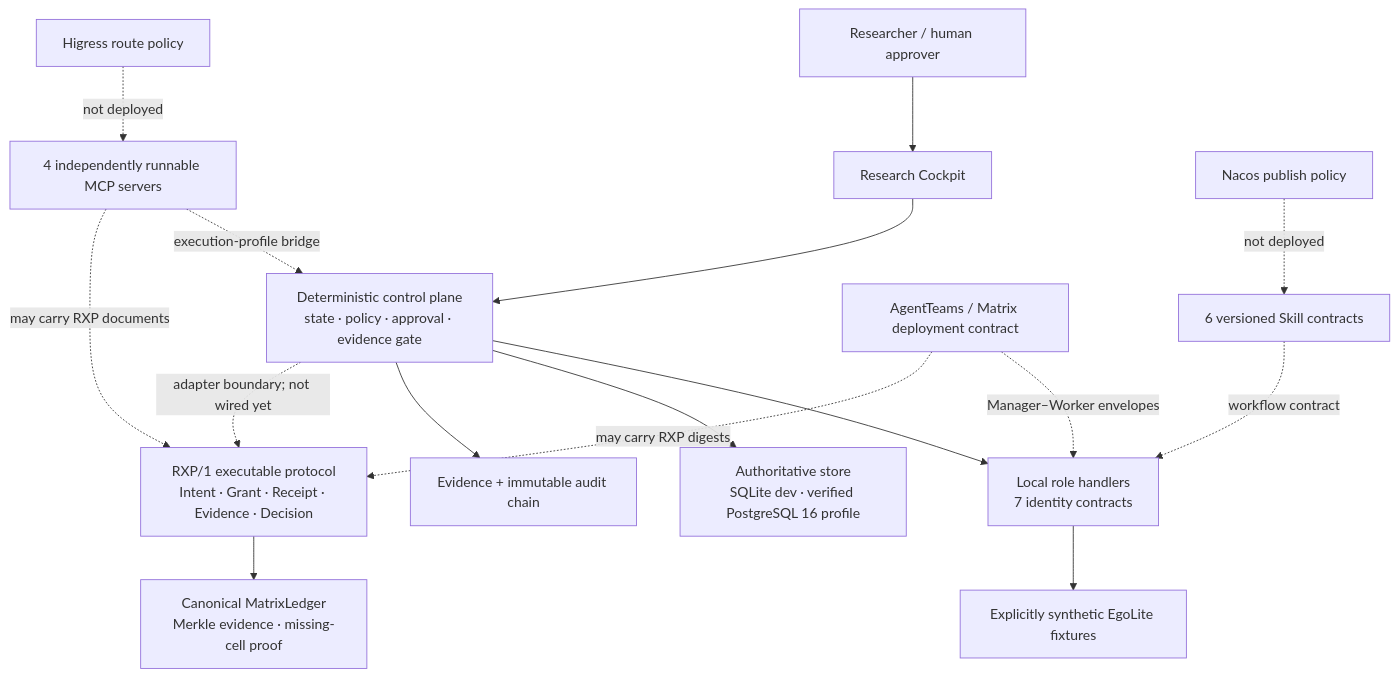
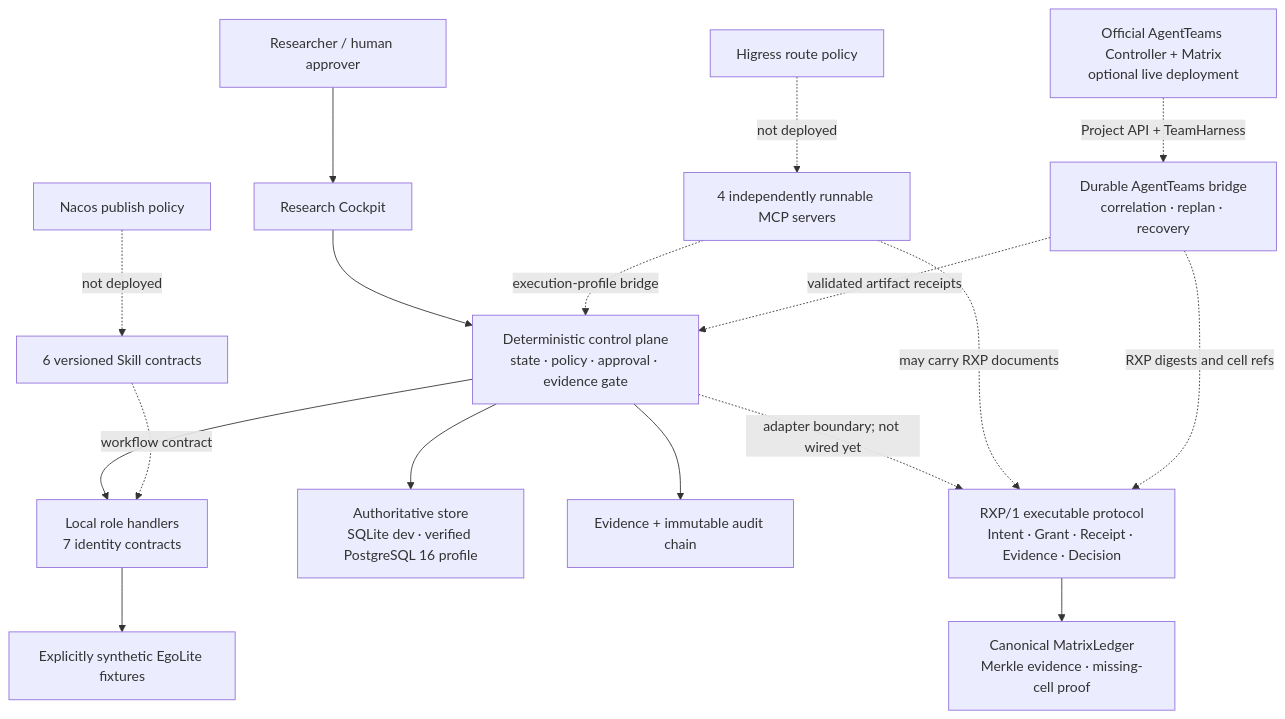
One commit to Sorasky681/ego_agent_infra_secure_memory changed the diagram in docs/architecture.md. Above: the diagram before and after it, drawn with Mermaid. The commit also changed other lines of this file and 38 other files, not shown here.

Commit message:
feat: add fail-closed AgentTeams runtime bridge

````diff
--- a/docs/architecture.md
+++ b/docs/architecture.md
@@ -7,19 +7,20 @@
 ```mermaid
 flowchart TB
   H["Researcher / human approver"] --> UI["Research Cockpit"]
   UI --> API["Deterministic control plane\nstate · policy · approval · evidence gate"]
   API --> R["Local role handlers\n7 identity contracts"]
   R --> FX["Explicitly synthetic EgoLite fixtures"]
   API --> DB["Authoritative store\nSQLite dev · verified PostgreSQL 16 profile"]
   API --> AU["Evidence + immutable audit chain"]
   RXP["RXP/1 executable protocol\nIntent · Grant · Receipt · Evidence · Decision"]
   RXP --> RL["Canonical MatrixLedger\nMerkle evidence · missing-cell proof"]
   API -. "adapter boundary; not wired yet" .-> RXP
   SK["6 versioned Skill contracts"] -. "workflow contract" .-> R
   MCP["4 independently runnable MCP servers"] -. "execution-profile bridge" .-> API
   MCP -. "may carry RXP documents" .-> RXP
-  AT["AgentTeams / Matrix deployment contract"] -. "Manager–Worker envelopes" .-> R
-  AT -. "may carry RXP digests" .-> RXP
+  AT["Official AgentTeams Controller + Matrix\noptional live deployment"] -. "Project API + TeamHarness" .-> AB["Durable AgentTeams bridge\ncorrelation · replan · recovery"]
+  AB -. "validated artifact receipts" .-> API
+  AB -. "RXP digests and cell refs" .-> RXP
   HG["Higress route policy"] -. "not deployed" .-> MCP
   NC["Nacos publish policy"] -. "not deployed" .-> SK
 ```
````
